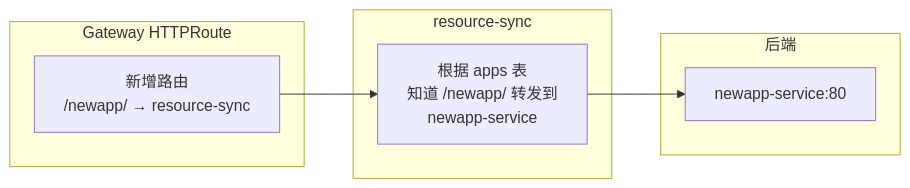
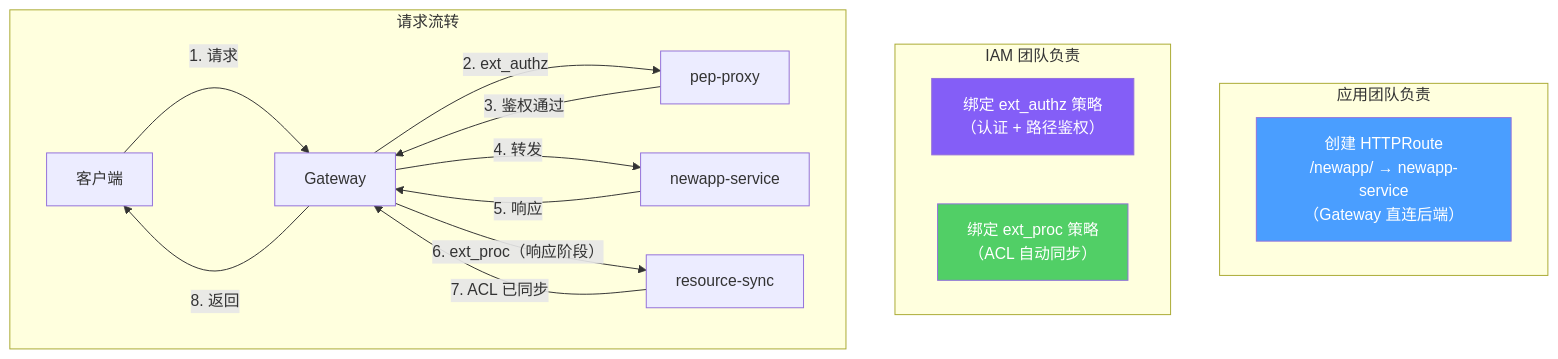
One commit to xiewanchao/aidp-iam changed the fifth of 10 diagrams in diagrams/onboarding-flow.md. Above: the diagram before and after it, drawn with Mermaid. The commit also changed other lines of this file and 5 other files, not shown here.

````diff
--- a/diagrams/onboarding-flow.md
+++ b/diagrams/onboarding-flow.md
@@ -140,16 +167,27 @@
 ```mermaid
-flowchart LR
-    subgraph Gateway HTTPRoute
-        ROUTE[新增路由<br/>/newapp/ → resource-sync]
+flowchart TD
+    subgraph 应用团队负责
+        ROUTE["创建 HTTPRoute<br/>/newapp/ → newapp-service<br/>（Gateway 直连后端）"]
     end
 
-    subgraph resource-sync
-        RS[根据 apps 表<br/>知道 /newapp/ 转发到<br/>newapp-service]
+    subgraph IAM 团队负责
+        AUTHZ["绑定 ext_authz 策略<br/>（认证 + 路径鉴权）"]
+        EXTPROC["绑定 ext_proc 策略<br/>（ACL 自动同步）"]
     end
 
-    subgraph 后端
-        APP[newapp-service:80]
+    subgraph 请求流转
+        direction LR
+        CLIENT[客户端] -->|1. 请求| GW[Gateway]
+        GW -->|"2. ext_authz"| PEP[pep-proxy]
+        PEP -->|3. 鉴权通过| GW
+        GW -->|4. 转发| APP[newapp-service]
+        APP -->|5. 响应| GW
+        GW -->|"6. ext_proc（响应阶段）"| RS[resource-sync]
+        RS -->|7. ACL 已同步| GW
+        GW -->|8. 返回| CLIENT
     end
 
-    ROUTE --> RS --> APP
+    style ROUTE fill:#4a9eff,color:#fff
+    style AUTHZ fill:#845ef7,color:#fff
+    style EXTPROC fill:#51cf66,color:#fff
 ```
````
